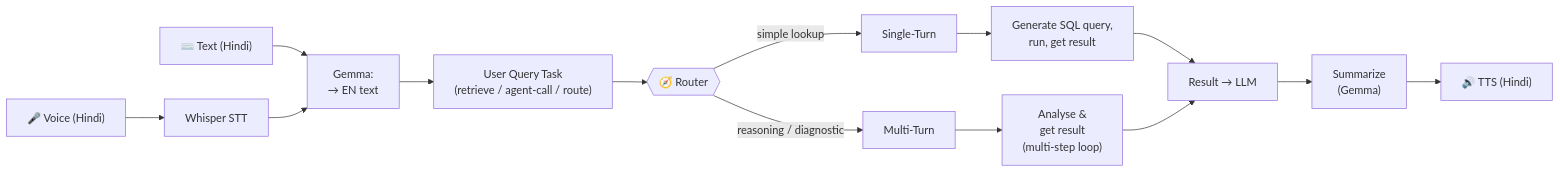
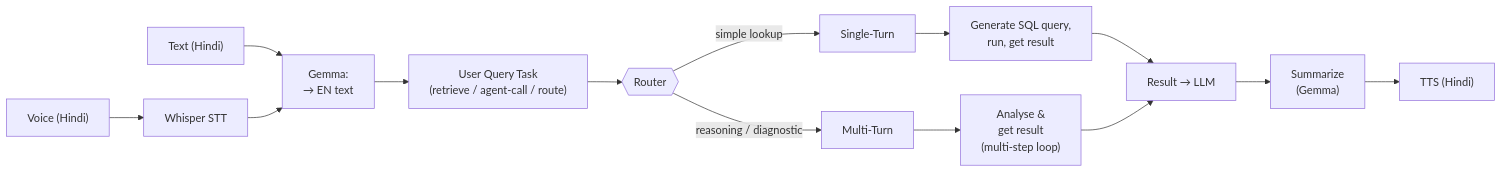
The third of 6 diagrams in design.md (PrathamSingla15/dukaan-saathi), drawn with Mermaid before and after one commit. The commit also changed other lines of this file and 76 other files, not shown here.

````diff
--- a/design.md
+++ b/design.md
@@ -95,18 +95,18 @@
 ```mermaid
 flowchart LR
-    T["⌨️ Text (Hindi)"] --> EN
-    Vo["🎤 Voice (Hindi)"] --> STT["Whisper STT"] --> EN["Gemma:<br/>→ EN text"]
+    T["Text (Hindi)"] --> EN
+    Vo["Voice (Hindi)"] --> STT["Whisper STT"] --> EN["Gemma:<br/>→ EN text"]
     EN --> Q["User Query Task<br/>(retrieve / agent-call / route)"]
-    Q --> R{{"🧭 Router"}}
+    Q --> R{{"Router"}}
 
     R -->|"simple lookup"| S["Single-Turn"]
     R -->|"reasoning / diagnostic"| M["Multi-Turn"]
 
     S --> SQL["Generate SQL query,<br/>run, get result"]
     M --> AN["Analyse &<br/>get result<br/>(multi-step loop)"]
 
     SQL --> RES["Result → LLM"]
     AN --> RES
     RES --> SUMM["Summarize<br/>(Gemma)"]
-    SUMM --> TTS["🔊 TTS (Hindi)"]
+    SUMM --> TTS["TTS (Hindi)"]
 ```
````
